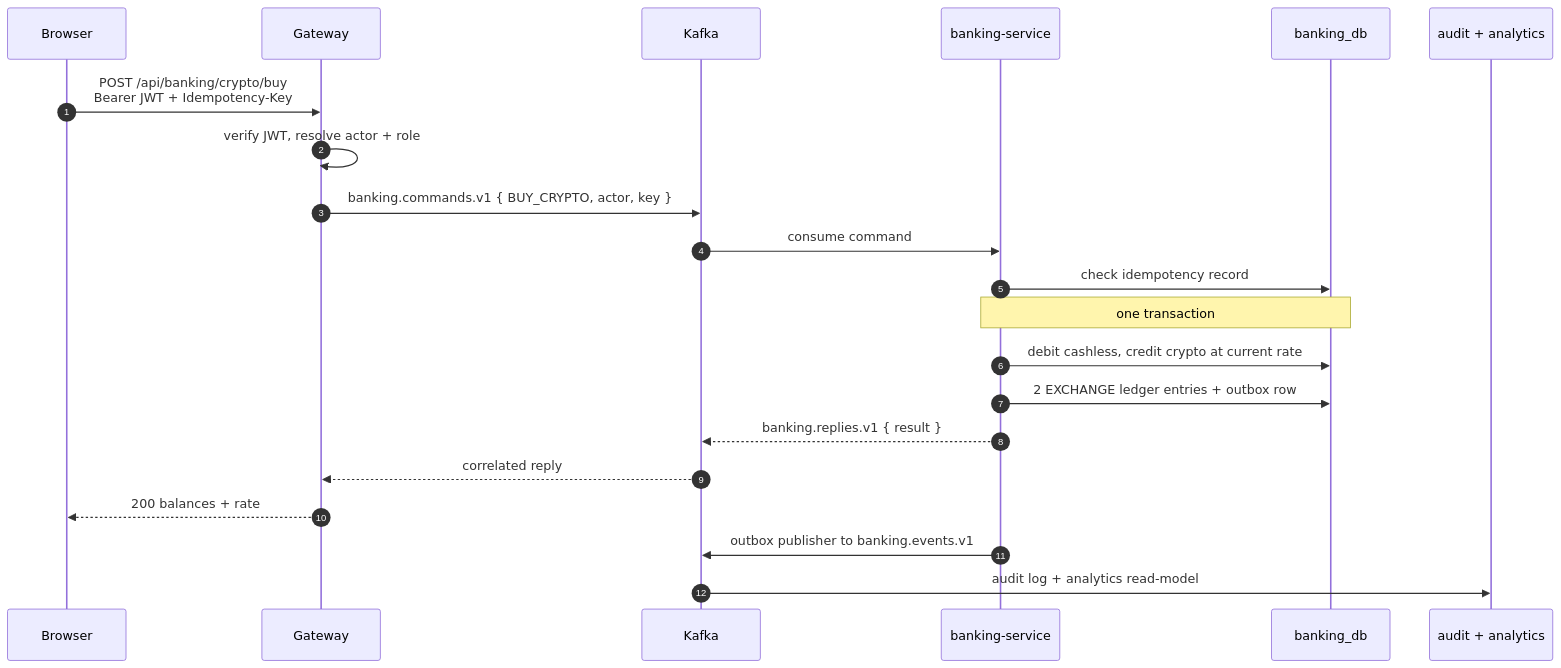
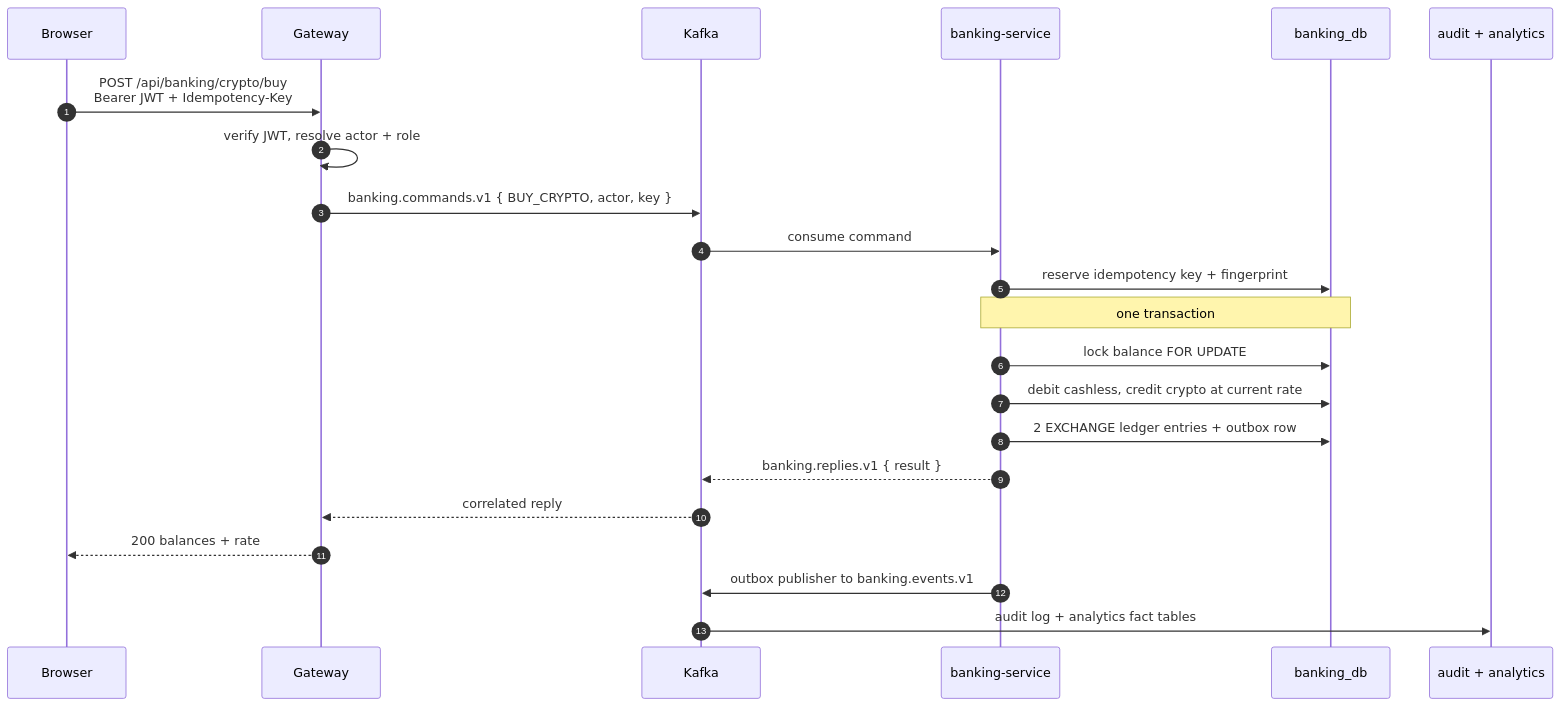
The second of 2 diagrams in README.md (Andrew97422/cyberpunk-economy), drawn with Mermaid before and after one commit. The commit also changed other lines of this file and 1 other file, not shown here.

````diff
--- a/README.md
+++ b/README.md
@@ -94,24 +261,25 @@
 ```mermaid
 sequenceDiagram
     autonumber
     participant U as Browser
     participant G as Gateway
     participant K as Kafka
     participant B as banking-service
     participant DB as banking_db
     participant A as audit + analytics
 
     U->>G: POST /api/banking/crypto/buy<br/>Bearer JWT + Idempotency-Key
     G->>G: verify JWT, resolve actor + role
     G->>K: banking.commands.v1 { BUY_CRYPTO, actor, key }
     K->>B: consume command
-    B->>DB: check idempotency record
+    B->>DB: reserve idempotency key + fingerprint
     Note over B,DB: one transaction
+    B->>DB: lock balance FOR UPDATE
     B->>DB: debit cashless, credit crypto at current rate
     B->>DB: 2 EXCHANGE ledger entries + outbox row
     B-->>K: banking.replies.v1 { result }
     K-->>G: correlated reply
     G-->>U: 200 balances + rate
     B->>K: outbox publisher to banking.events.v1
-    K->>A: audit log + analytics read-model
+    K->>A: audit log + analytics fact tables
 ```
````
